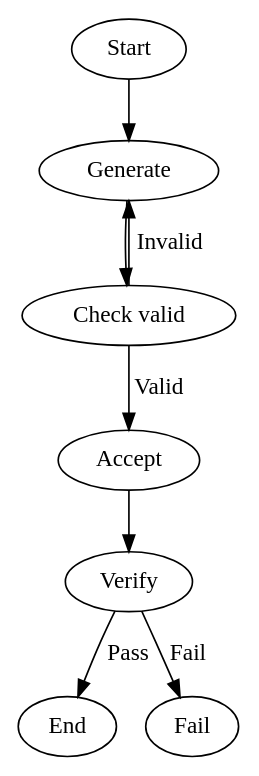
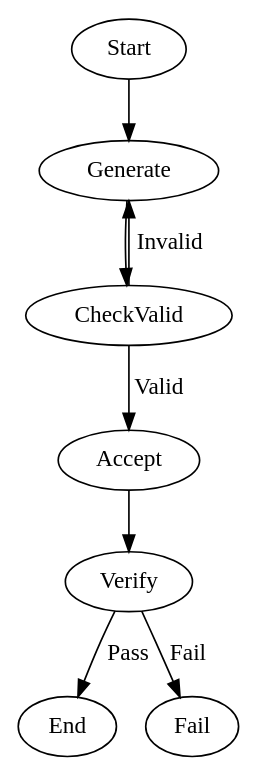
One commit to stencila/stencila changed the diagram in .stencila/workflows/test-conditional-branching/WORKFLOW.md. Above: the diagram before and after it, drawn with Graphviz. The commit also changed other lines of this file and 20 other files, not shown here.

````diff
--- a/.stencila/workflows/test-conditional-branching/WORKFLOW.md
+++ b/.stencila/workflows/test-conditional-branching/WORKFLOW.md
@@ -9,19 +9,19 @@
 ```dot
 digraph Workflow {
   Start -> Generate
 
   Generate [prompt="Reply with ONLY a single three-letter English word in lowercase, nothing else."]
   Generate -> CheckValid
 
-  CheckValid [label="Check valid"]
+  CheckValid [branch="Check valid"]
   CheckValid -> Accept   [label="Valid", condition="outcome=success"]
   CheckValid -> Generate [label="Invalid", condition="outcome!=success"]
 
   Accept   [prompt="Reply with ONLY the word: $last_output"]
   Accept -> Verify
 
   Verify [prompt="Is '$last_output' a single three-letter English word in lowercase? Verify the result and choose Pass or Fail."]
   Verify -> End  [label="Pass"]
   Verify -> Fail [label="Fail"]
 }
 ```
````
